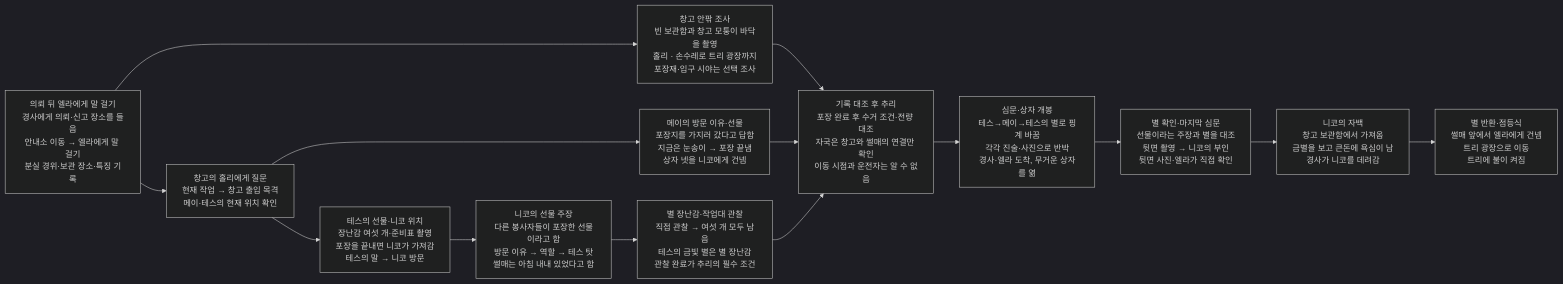
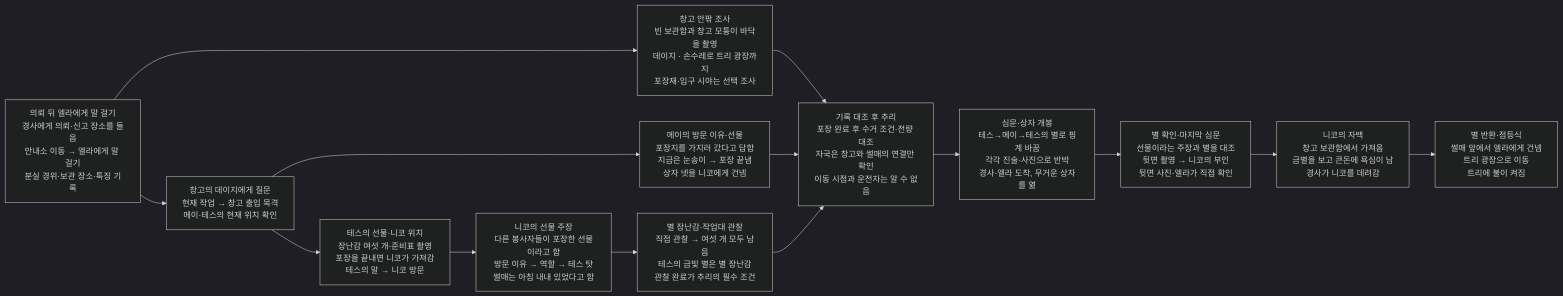
Before and after one commit to wonny95/detective-v2: the second of 2 diagrams in design/case-10-christmas-star.md, drawn with Mermaid (dark theme). The commit also changed other lines of this file and 18 other files, not shown here.

````diff
--- a/design/case-10-christmas-star.md
+++ b/design/case-10-christmas-star.md
@@ -49,28 +49,28 @@
 ```mermaid
 flowchart LR
     s1["의뢰 뒤 엘라에게 말 걸기<br/>경사에게 의뢰·신고 장소를 들음<br/>안내소 이동 → 엘라에게 말 걸기<br/>분실 경위·보관 장소·특징 기록"]
-    s2["창고의 홀리에게 질문<br/>현재 작업 → 창고 출입 목격<br/>메이·테스의 현재 위치 확인"]
-    s3["창고 안팎 조사<br/>빈 보관함과 창고 모퉁이 바닥을 촬영<br/>홀리 · 손수레로 트리 광장까지<br/>포장재·입구 시야는 선택 조사"]
+    s2["창고의 데이지에게 질문<br/>현재 작업 → 창고 출입 목격<br/>메이·테스의 현재 위치 확인"]
+    s3["창고 안팎 조사<br/>빈 보관함과 창고 모퉁이 바닥을 촬영<br/>데이지 · 손수레로 트리 광장까지<br/>포장재·입구 시야는 선택 조사"]
     s4["메이의 방문 이유·선물<br/>포장지를 가지러 갔다고 답함<br/>지금은 눈송이 → 포장 끝냄<br/>상자 넷을 니코에게 건넴"]
     s5["테스의 선물·니코 위치<br/>장난감 여섯 개·준비표 촬영<br/>포장을 끝내면 니코가 가져감<br/>테스의 말 → 니코 방문"]
     s6["니코의 선물 주장<br/>다른 봉사자들이 포장한 선물이라고 함<br/>방문 이유 → 역할 → 테스 탓<br/>썰매는 아침 내내 있었다고 함"]
     s7["별 장난감·작업대 관찰<br/>직접 관찰 → 여섯 개 모두 남음<br/>테스의 금빛 별은 별 장난감<br/>관찰 완료가 추리의 필수 조건"]
     s8["기록 대조 후 추리<br/>포장 완료 후 수거 조건·전량 대조<br/>자국은 창고와 썰매의 연결만 확인<br/>이동 시점과 운전자는 알 수 없음"]
     s9["심문·상자 개봉<br/>테스→메이→테스의 별로 핑계 바꿈<br/>각각 진술·사진으로 반박<br/>경사·엘라 도착, 무거운 상자를 엶"]
     s10["별 확인·마지막 심문<br/>선물이라는 주장과 별을 대조<br/>뒷면 촬영 → 니코의 부인<br/>뒷면 사진·엘라가 직접 확인"]
     s11["니코의 자백<br/>창고 보관함에서 가져옴<br/>금별을 보고 큰돈에 욕심이 남<br/>경사가 니코를 데려감"]
     s12["별 반환·점등식<br/>썰매 앞에서 엘라에게 건넴<br/>트리 광장으로 이동<br/>트리에 불이 켜짐"]
     s1 --> s2
     s1 --> s3
     s2 --> s4
     s2 --> s5
     s3 --> s8
     s4 --> s8
     s5 --> s6
     s6 --> s7
     s7 --> s8
     s8 --> s9
     s9 --> s10
     s10 --> s11
     s11 --> s12
 ```
````
